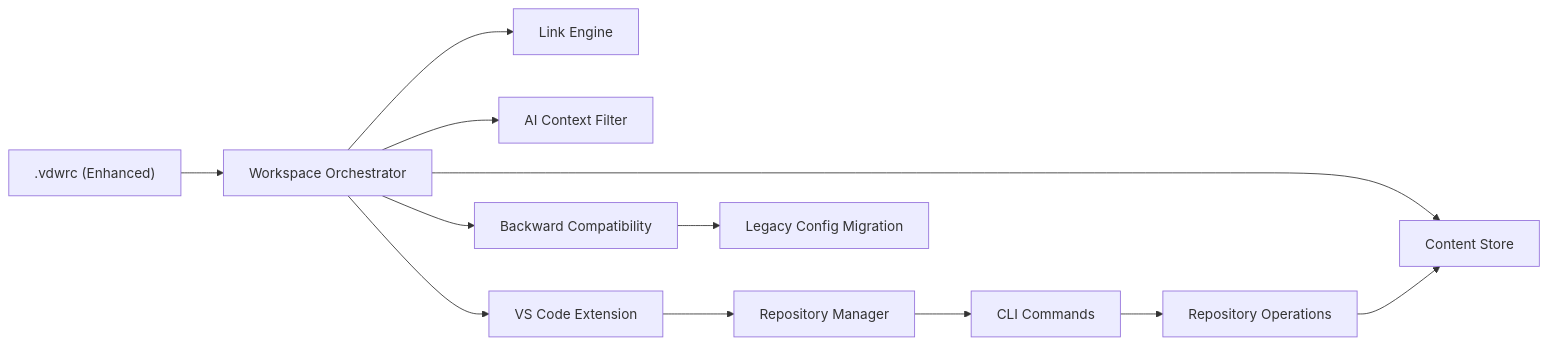
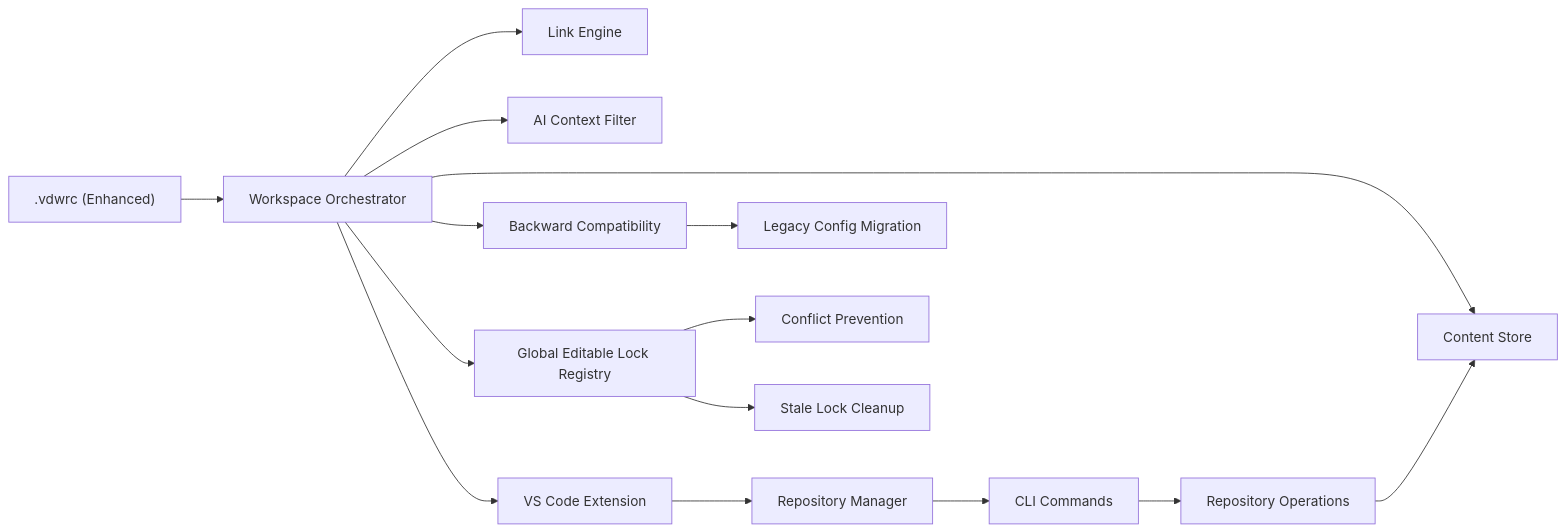
The fourth of 4 diagrams in .qoder/repowiki/en/content/Core Features Documentation/Workspace Configuration Management (.vdwrc).md (HWH-2019/vdw), drawn with Mermaid before and after one commit. The commit also changed other lines of this file and 6 other files, not shown here.

````diff
--- a/.qoder/repowiki/en/content/Core Features Documentation/Workspace Configuration Management (.vdwrc).md
+++ b/.qoder/repowiki/en/content/Core Features Documentation/Workspace Configuration Management (.vdwrc).md
@@ -402,14 +455,17 @@
 ```mermaid
 graph LR
 CFG[".vdwrc (Enhanced)"] --> ORCH["Workspace Orchestrator"]
 ORCH --> CS["Content Store"]
 ORCH --> LE["Link Engine"]
 ORCH --> AC["AI Context Filter"]
 ORCH --> VS["VS Code Extension"]
 VS --> RM["Repository Manager"]
 RM --> CLI["CLI Commands"]
 CLI --> REPO["Repository Operations"]
 REPO --> CS
 ORCH --> BC["Backward Compatibility"]
 BC --> LEGACY["Legacy Config Migration"]
+ORCH --> ELR["Global Editable Lock Registry"]
+ELR --> CONFLICT["Conflict Prevention"]
+ELR --> STALE["Stale Lock Cleanup"]
 ```
````
